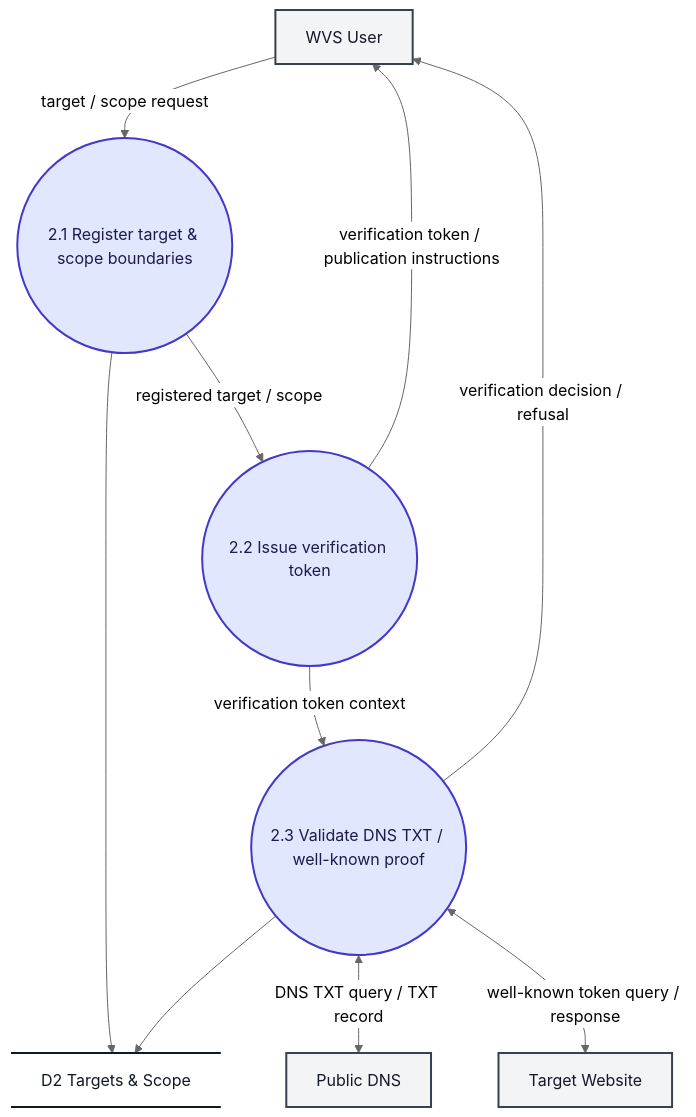
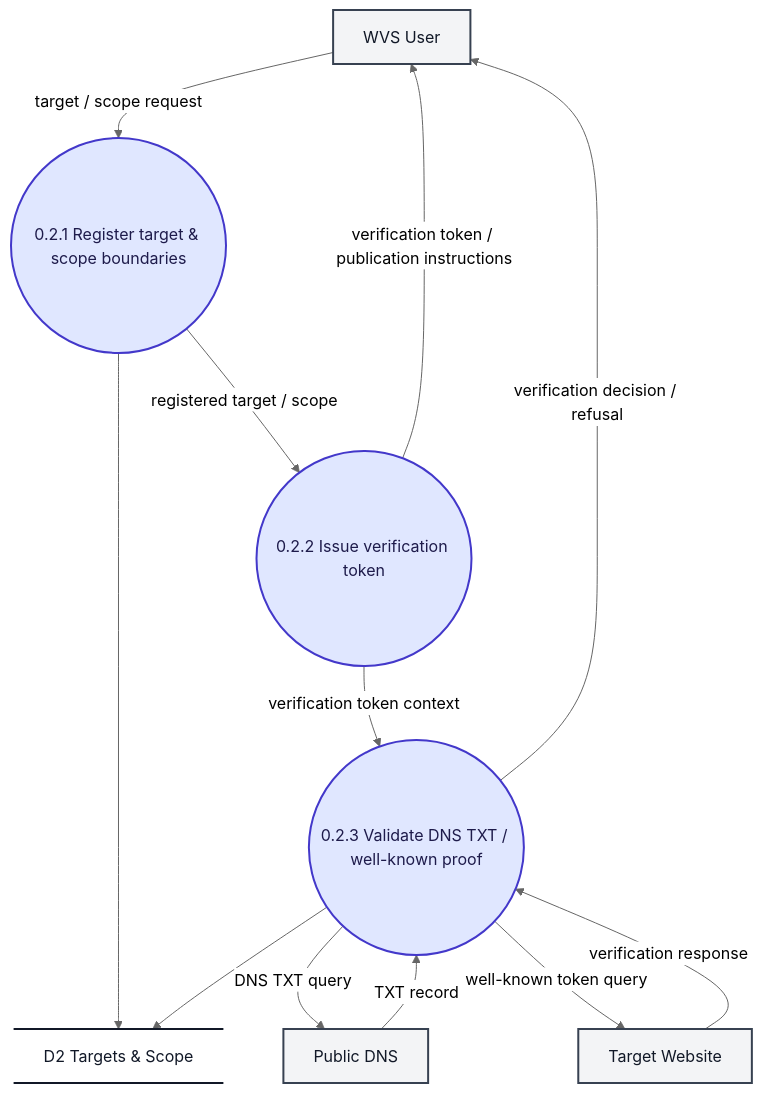
One commit to ksacheth/software-engineering changed the fourth of 10 diagrams in docs/Website_Vulnerability_Scanner_DFD.md. Above: the diagram before and after it, drawn with Mermaid (neutral theme). The commit also changed other lines of this file and 25 other files, not shown here.

Commit message:
docs(dfd): refine scanner data flow diagrams

````diff
--- a/docs/Website_Vulnerability_Scanner_DFD.md
+++ b/docs/Website_Vulnerability_Scanner_DFD.md
@@ -171,30 +181,32 @@
 ```mermaid
 flowchart TD
     %% Level 2 DFD - F.2 Target Management & Authorisation
 
     User["WVS User"]
-    P21(("2.1 Register target & scope boundaries"))
-    P22(("2.2 Issue verification token"))
-    P23(("2.3 Validate DNS TXT / well-known proof"))
+    P21(("0.2.1 Register target & scope boundaries"))
+    P22(("0.2.2 Issue verification token"))
+    P23(("0.2.3 Validate DNS TXT / well-known proof"))
     D2@{ shape: datastore, label: "D2 Targets & Scope" }
     DNS["Public DNS"]
     Target["Target Website"]
 
     User -->|"target / scope request"| P21
     P23 -->|"verification decision / refusal"| User
     P21 -->|"registered target / scope"| P22
     P22 -->|"verification token / publication instructions"| User
     P22 -->|"verification token context"| P23
     P21 --> D2
     P23 --> D2
-    P23 <-->|"DNS TXT query / TXT record"| DNS
-    P23 <-->|"well-known token query / response"| Target
+    P23 -->|"DNS TXT query"| DNS
+    DNS -->|"TXT record"| P23
+    P23 -->|"well-known token query"| Target
+    Target -->|"verification response"| P23
 
     %% Styling
     classDef process fill:#e0e7ff,stroke:#4338ca,stroke-width:2px,color:#1e1b4b;
     classDef entity fill:#f3f4f6,stroke:#374151,stroke-width:2px,color:#111827;
     classDef store fill:transparent,stroke:#111827,stroke-width:2px,color:#111827;
     class P21,P22,P23 process;
     class User,DNS,Target entity;
     class D2 store;
 ```
````
